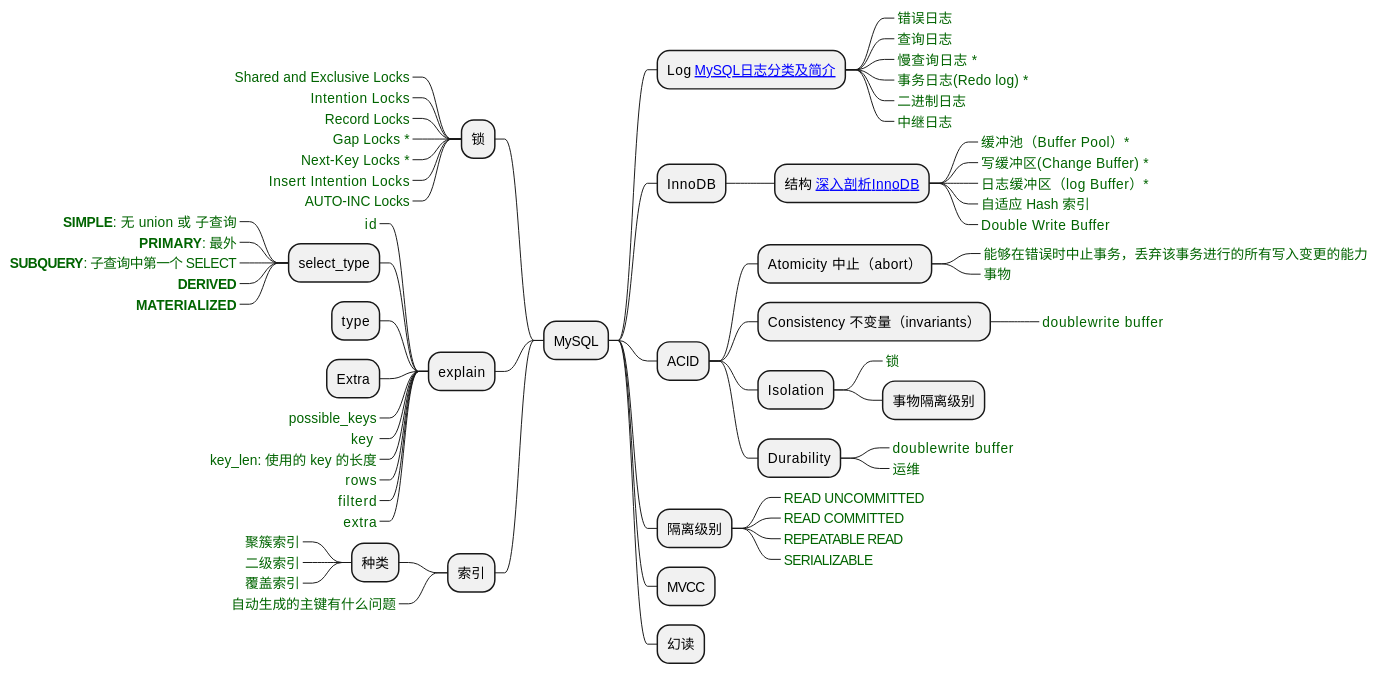
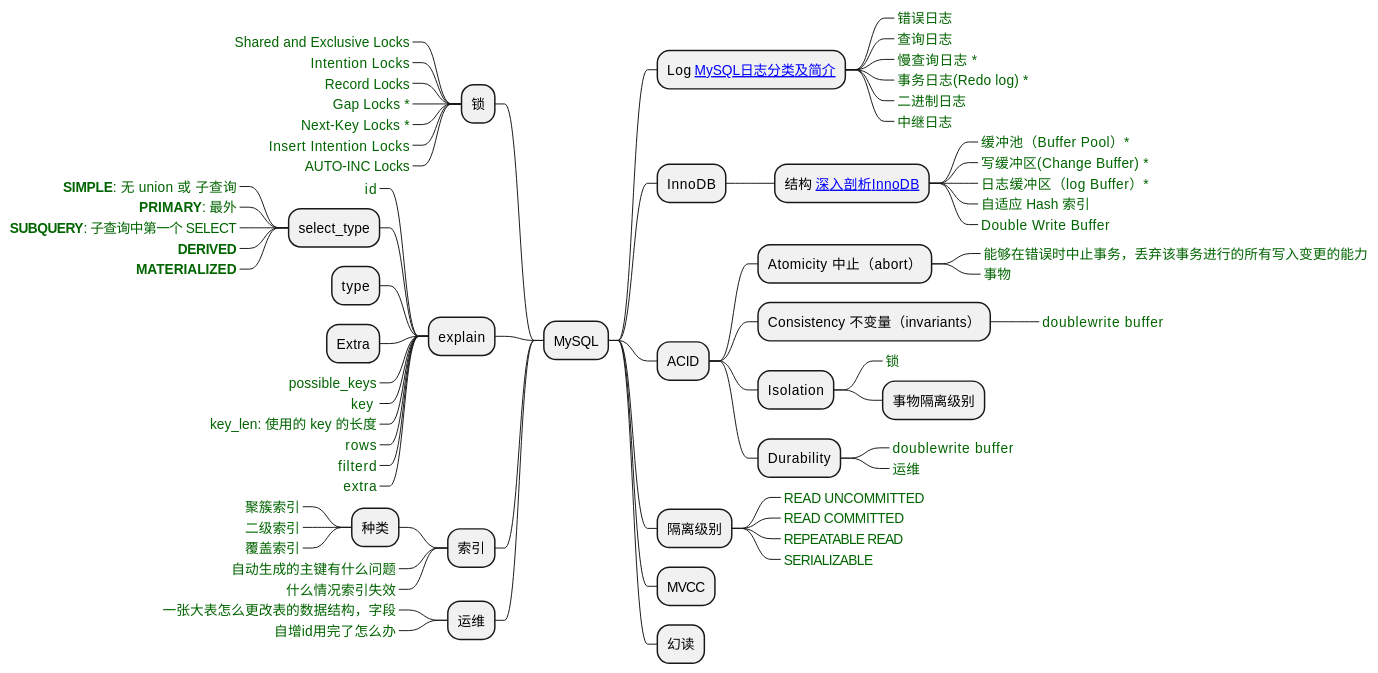
Before and after one commit to Gh0st99/Gh0st99.github.io: the third of 11 diagrams in _posts/2021-05-27-查漏补缺.md, drawn with PlantUML. The commit also changed other lines of this file and 1 other file, not shown here.

````diff
--- a/_posts/2021-05-27-查漏补缺.md
+++ b/_posts/2021-05-27-查漏补缺.md
@@ -242,6 +282,11 @@
 ****_ 二级索引
 ****_ 覆盖索引
 ***_ 自动生成的主键有什么问题
+***_ 什么情况索引失效
+
+** 运维
+***_ 一张大表怎么更改表的数据结构，字段
+***_ 自增id用完了怎么办
 
 @endmindmap
 ```
````
